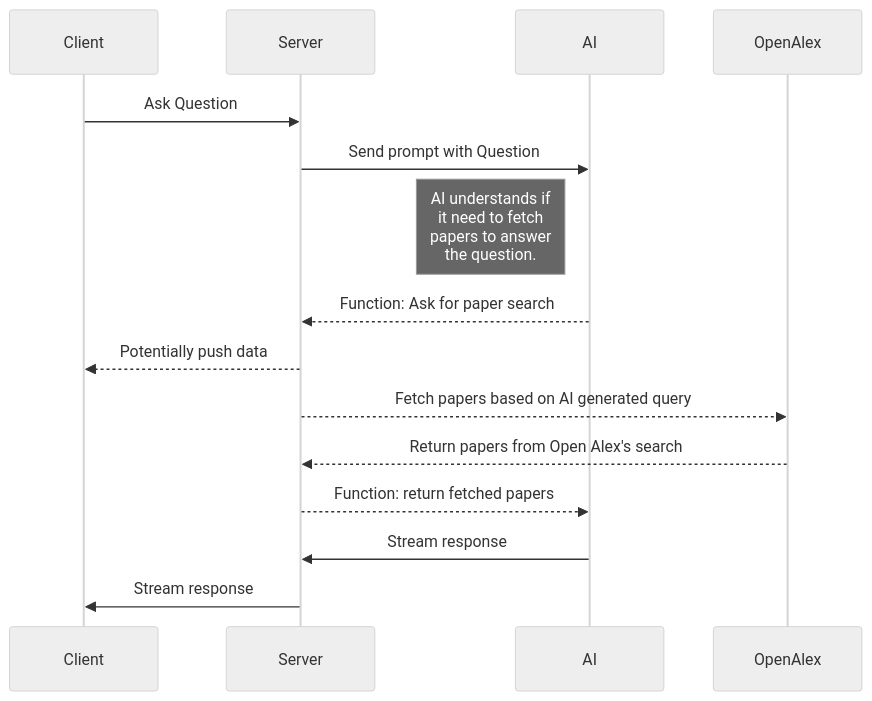
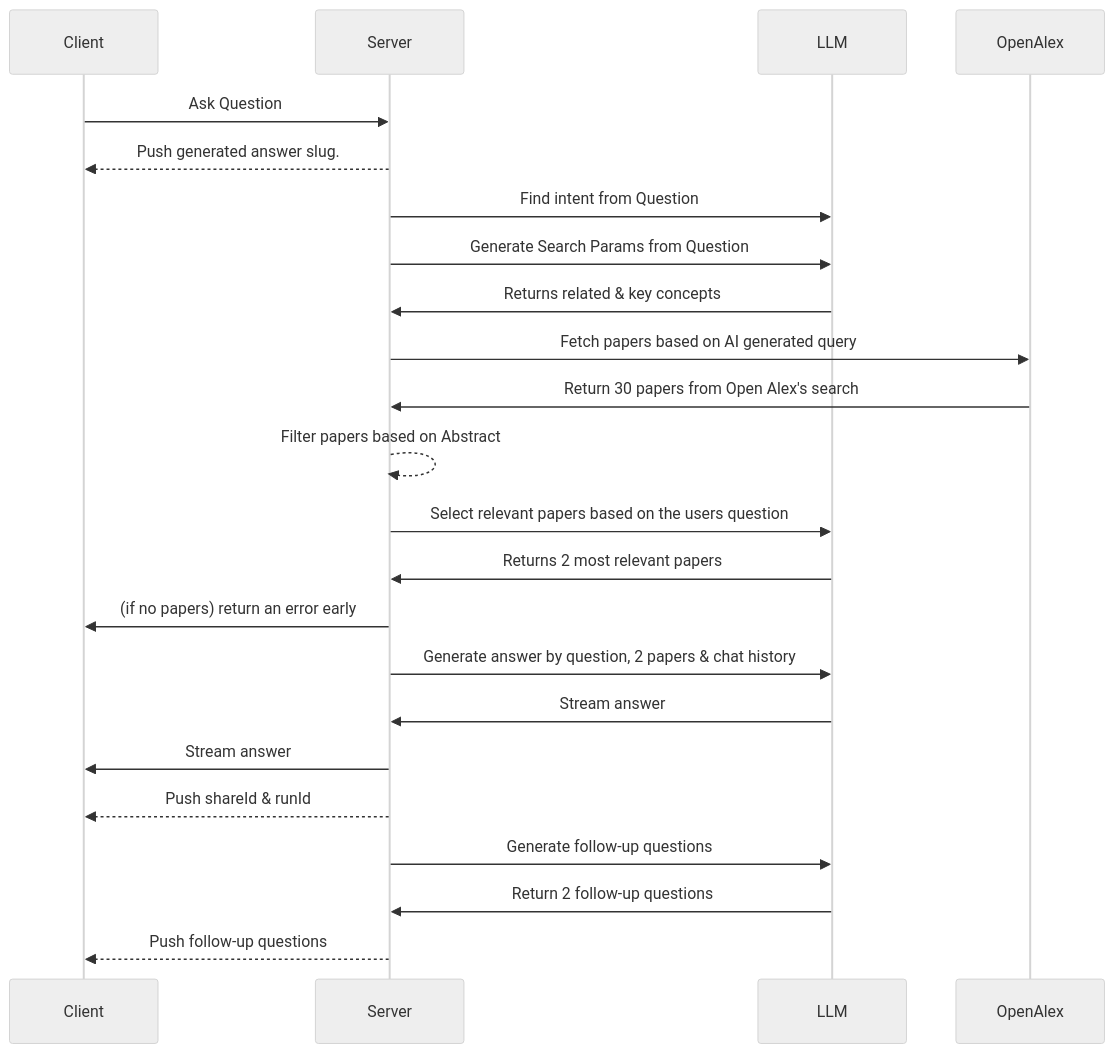
Before and after one commit to proemial/mono: the diagram in apps/proem/README.md, drawn with Mermaid (neutral theme).

````diff
--- a/apps/proem/README.md
+++ b/apps/proem/README.md
@@ -24,13 +24,21 @@
 ```mermaid
 sequenceDiagram
     Client->> Server: Ask Question
-    Server->> AI: Send prompt with Question
-    Note left of AI: AI understands if<br/>it need to fetch<br/>papers to answer<br/>the question.
-    AI-->>Server: Function: Ask for paper search
-    Server-->> Client: Potentially push data
-    Server-->>OpenAlex: Fetch papers based on AI generated query
-    OpenAlex-->>Server: Return papers from Open Alex's search
-    Server-->>AI: Function: return fetched papers
-    AI->>Server: Stream response
-    Server->>Client: Stream response
+    Server-->> Client: Push generated answer slug. 
+		Server->> LLM: Find intent from Question
+		Server->> LLM: Generate Search Params from Question
+		LLM->> Server: Returns related & key concepts
+    Server->>OpenAlex: Fetch papers based on AI generated query
+		OpenAlex->>Server: Return 30 papers from Open Alex's search
+		Server-->> Server: Filter papers based on Abstract
+    Server->> LLM: Select relevant papers based on the users question
+		LLM->> Server: Returns 2 most relevant papers
+		Server->> Client: (if no papers) return an error early
+		Server->> LLM: Generate answer by question, 2 papers & chat history  
+    LLM->>Server: Stream answer
+    Server->>Client: Stream answer
+		Server-->> Client: Push shareId & runId
+		Server->> LLM: Generate follow-up questions
+    LLM->> Server: Return 2 follow-up questions
+		Server-->> Client: Push follow-up questions    
 ```
````
